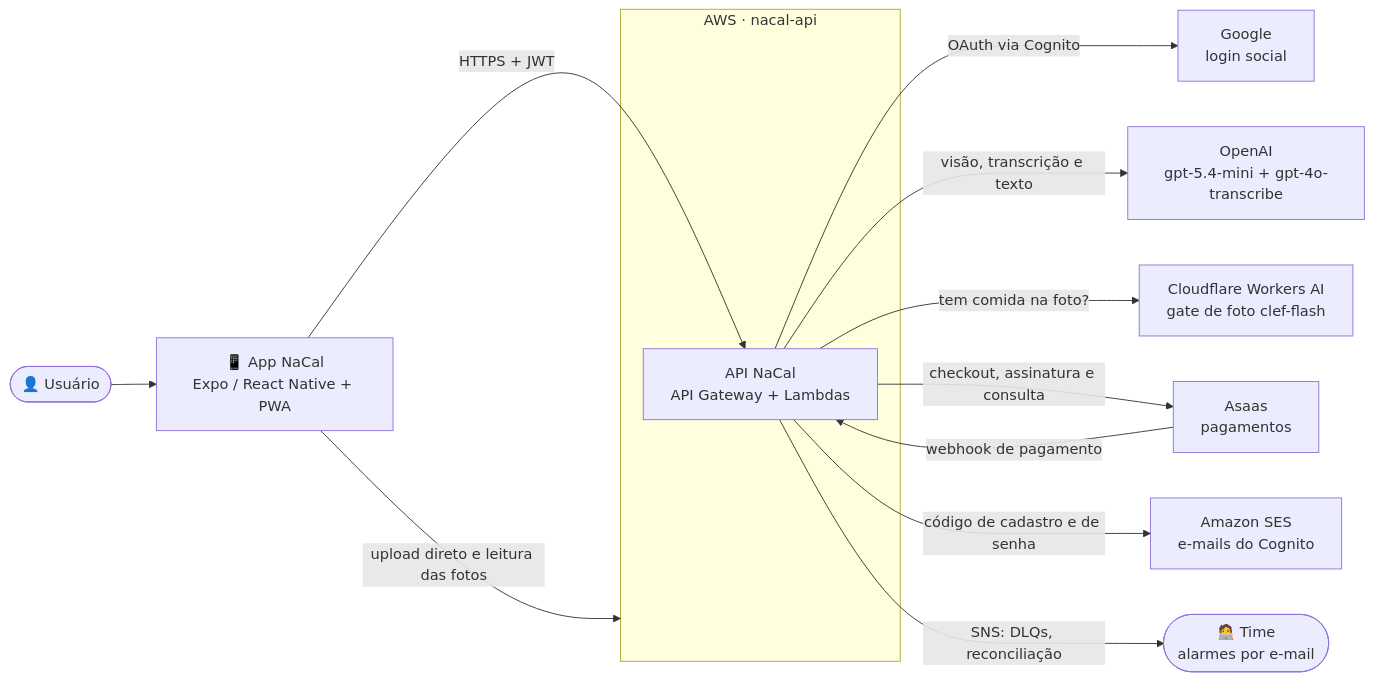
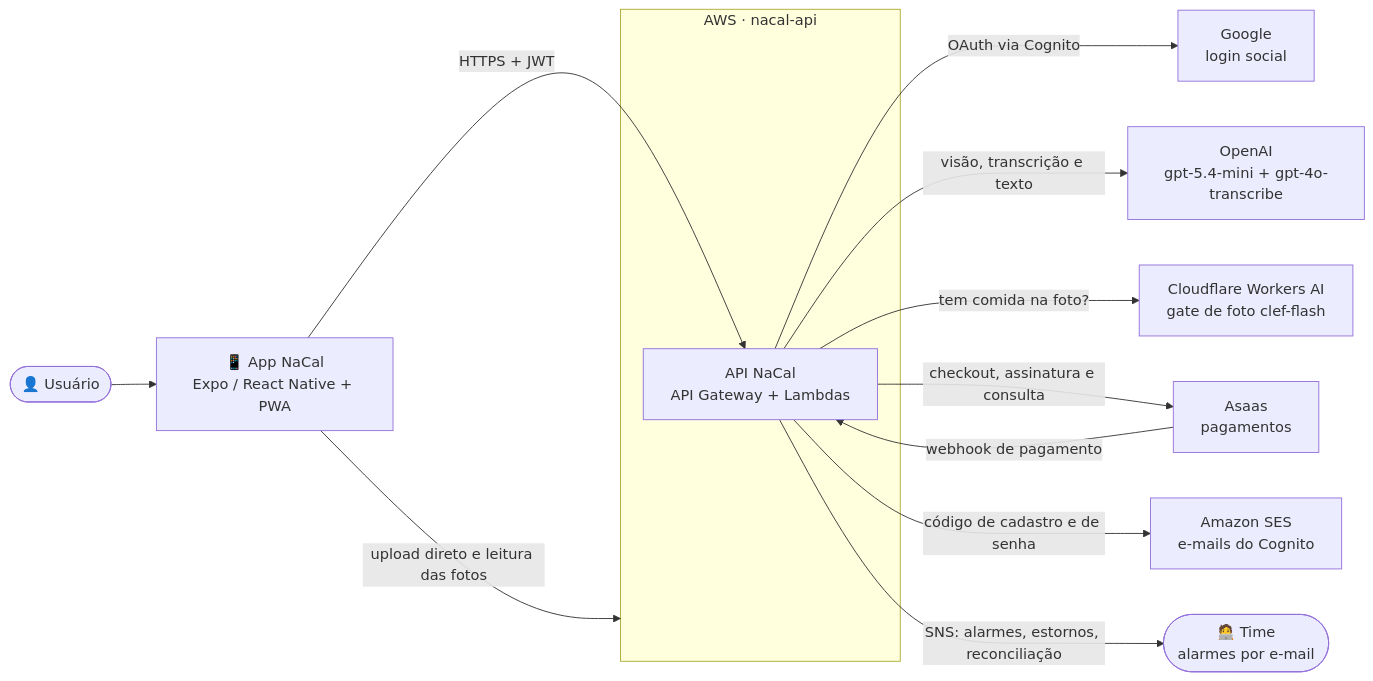
The first of 2 diagrams in docs/guide/01-visao-geral.md (nivaldoandrade/nacal-api), drawn with Mermaid before and after one commit. The commit also changed other lines of this file and 37 other files, not shown here.

````diff
--- a/docs/guide/01-visao-geral.md
+++ b/docs/guide/01-visao-geral.md
@@ -7,27 +7,27 @@
 ```mermaid
 flowchart LR
     user(["👤 Usuário"])
     app["📱 App NaCal<br/>Expo / React Native + PWA"]
 
     subgraph aws["AWS · nacal-api"]
         api["API NaCal<br/>API Gateway + Lambdas"]
     end
 
     google["Google<br/>login social"]
     openai["OpenAI<br/>gpt-5.4-mini + gpt-4o-transcribe"]
     cf["Cloudflare Workers AI<br/>gate de foto clef-flash"]
     asaas["Asaas<br/>pagamentos"]
     ses["Amazon SES<br/>e-mails do Cognito"]
     dev(["🧑‍💻 Time<br/>alarmes por e-mail"])
 
     user --> app
     app -- "HTTPS + JWT" --> api
     app -- "upload direto e leitura das fotos" --> aws
     api -- "OAuth via Cognito" --> google
     api -- "visão, transcrição e texto" --> openai
     api -- "tem comida na foto?" --> cf
     api -- "checkout, assinatura e consulta" --> asaas
     asaas -- "webhook de pagamento" --> api
     api -- "código de cadastro e de senha" --> ses
-    api -- "SNS: DLQs, reconciliação" --> dev
+    api -- "SNS: alarmes, estornos, reconciliação" --> dev
 ```
````
